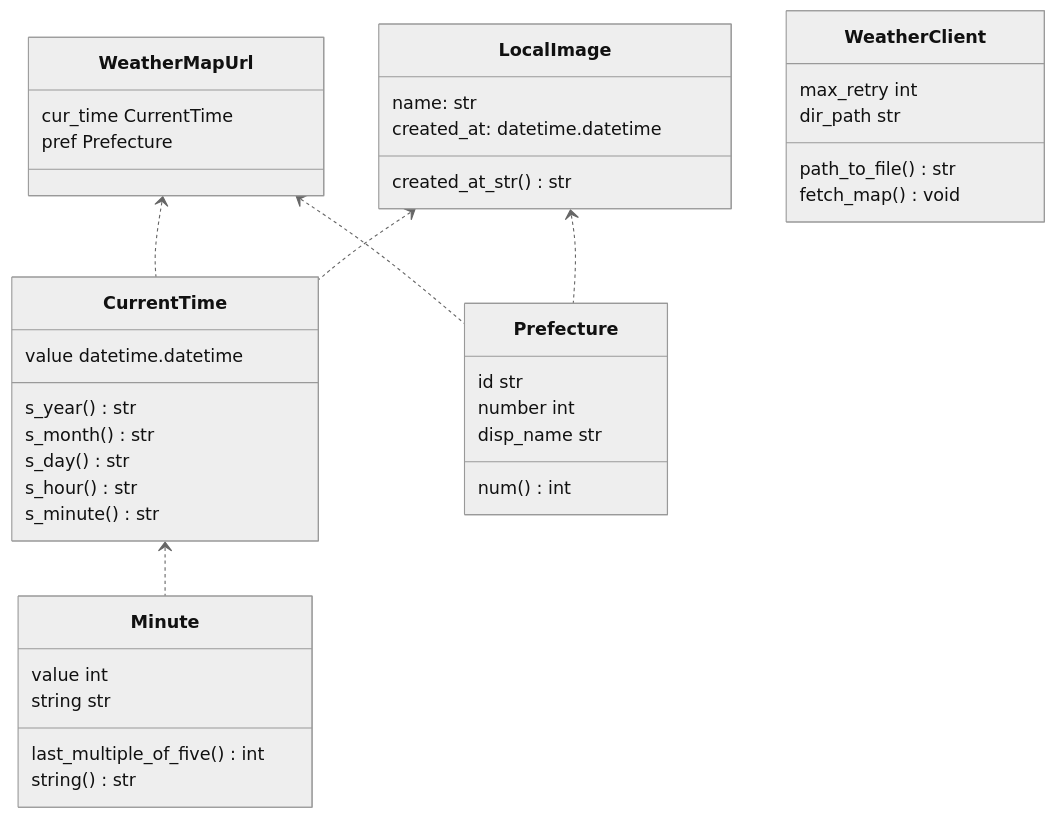
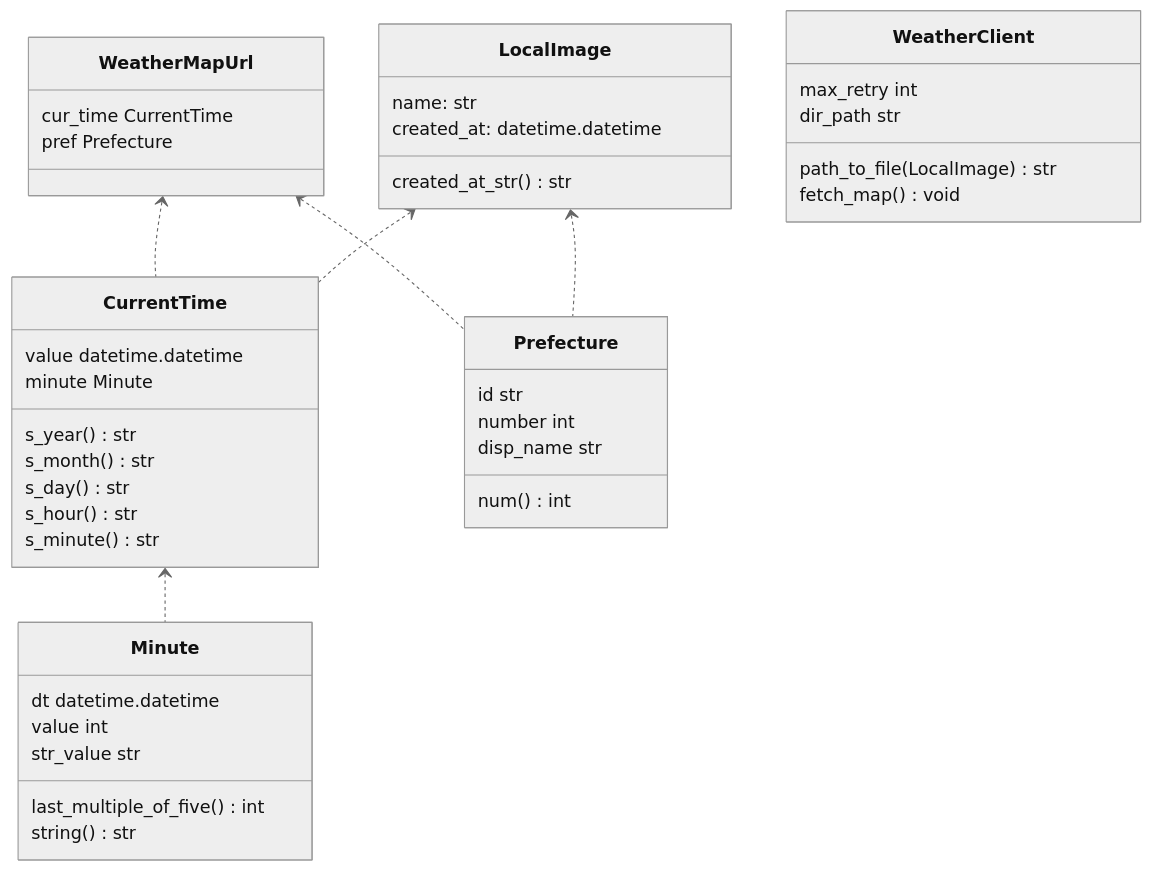
One commit to azul915/rain-monitor changed the second of 2 diagrams in README.md. Above: the diagram before and after it, drawn with Mermaid (neutral theme).

````diff
--- a/README.md
+++ b/README.md
@@ -16,48 +16,50 @@
 ```mermaid
 classDiagram
 	class Minute {
+		dt datetime.datetime
 		value int
-		string str
+		str_value str
 		last_multiple_of_five() int
 		string() str
 	}
 
 	class CurrentTime {
 		value datetime.datetime
+		minute Minute
 		s_year() str
 		s_month() str
 		s_day() str
 		s_hour() str
 		s_minute() str
 	}
 	CurrentTime <.. Minute
 
 	class Prefecture {
 		id str
 		number int
 		disp_name str
 		num() int
 	}
 
 	class WeatherMapUrl {
 		cur_time CurrentTime
 		pref Prefecture
 	}
 	WeatherMapUrl <.. Prefecture
 	WeatherMapUrl <.. CurrentTime
 
 	class LocalImage {
 		name: str
 		created_at: datetime.datetime
 		created_at_str() str
 	}
 	LocalImage <.. CurrentTime
 	LocalImage <.. Prefecture
 
 	class WeatherClient {
 		max_retry int
 		dir_path str
-		path_to_file() str
+		path_to_file(LocalImage) str
 		fetch_map() void
 	}
 ```
````
